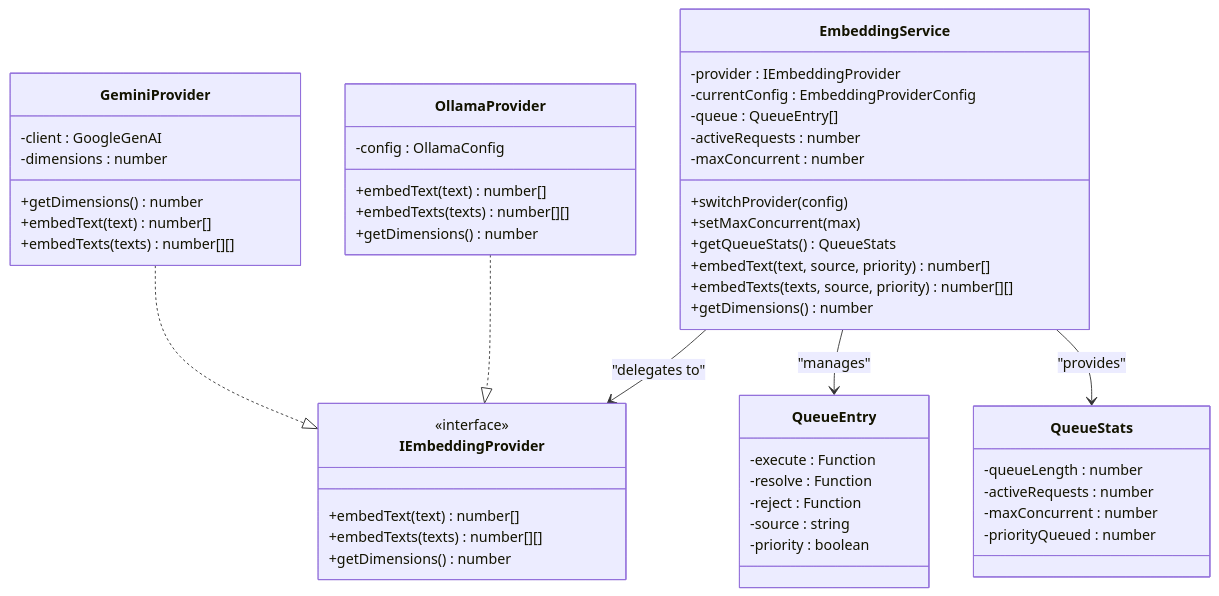
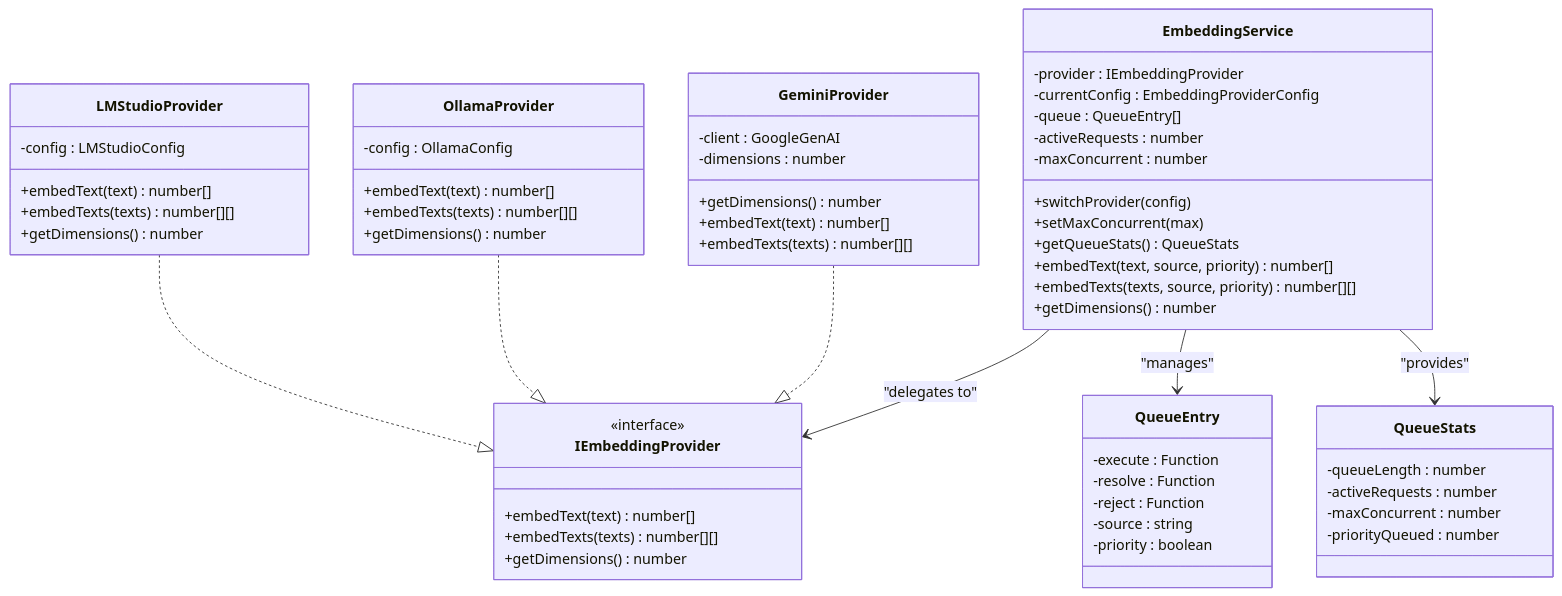
The fifth of 9 diagrams in .qoder/repowiki/en/content/Indexing and Search System/File Embedding Pipeline.md (bramburn/repomix-runner), drawn with Mermaid before and after one commit. The commit also changed other lines of this file and 19 other files, not shown here.

````diff
--- a/.qoder/repowiki/en/content/Indexing and Search System/File Embedding Pipeline.md
+++ b/.qoder/repowiki/en/content/Indexing and Search System/File Embedding Pipeline.md
@@ -286,53 +309,60 @@
 ```mermaid
 classDiagram
 class EmbeddingService {
 -provider : IEmbeddingProvider
 -currentConfig : EmbeddingProviderConfig
 -queue : QueueEntry[]
 -activeRequests : number
 -maxConcurrent : number
 +switchProvider(config)
 +setMaxConcurrent(max)
 +getQueueStats() QueueStats
 +embedText(text, source, priority) number[]
 +embedTexts(texts, source, priority) number[][]
 +getDimensions() number
 }
 class QueueEntry {
 -execute : Function
 -resolve : Function
 -reject : Function
 -source : string
 -priority : boolean
 }
 class QueueStats {
 -queueLength : number
 -activeRequests : number
 -maxConcurrent : number
 -priorityQueued : number
 }
 class IEmbeddingProvider {
 <<interface>>
 +embedText(text) number[]
 +embedTexts(texts) number[][]
 +getDimensions() number
 }
 class GeminiProvider {
 -client : GoogleGenAI
 -dimensions : number
 +getDimensions() number
 +embedText(text) number[]
 +embedTexts(texts) number[][]
 }
 class OllamaProvider {
 -config : OllamaConfig
 +embedText(text) number[]
 +embedTexts(texts) number[][]
 +getDimensions() number
 }
+class LMStudioProvider {
+-config : LMStudioConfig
++embedText(text) number[]
++embedTexts(texts) number[][]
++getDimensions() number
+}
 EmbeddingService --> IEmbeddingProvider : "delegates to"
 EmbeddingService --> QueueEntry : "manages"
 EmbeddingService --> QueueStats : "provides"
 GeminiProvider ..|> IEmbeddingProvider
 OllamaProvider ..|> IEmbeddingProvider
+LMStudioProvider ..|> IEmbeddingProvider
 ```
````
